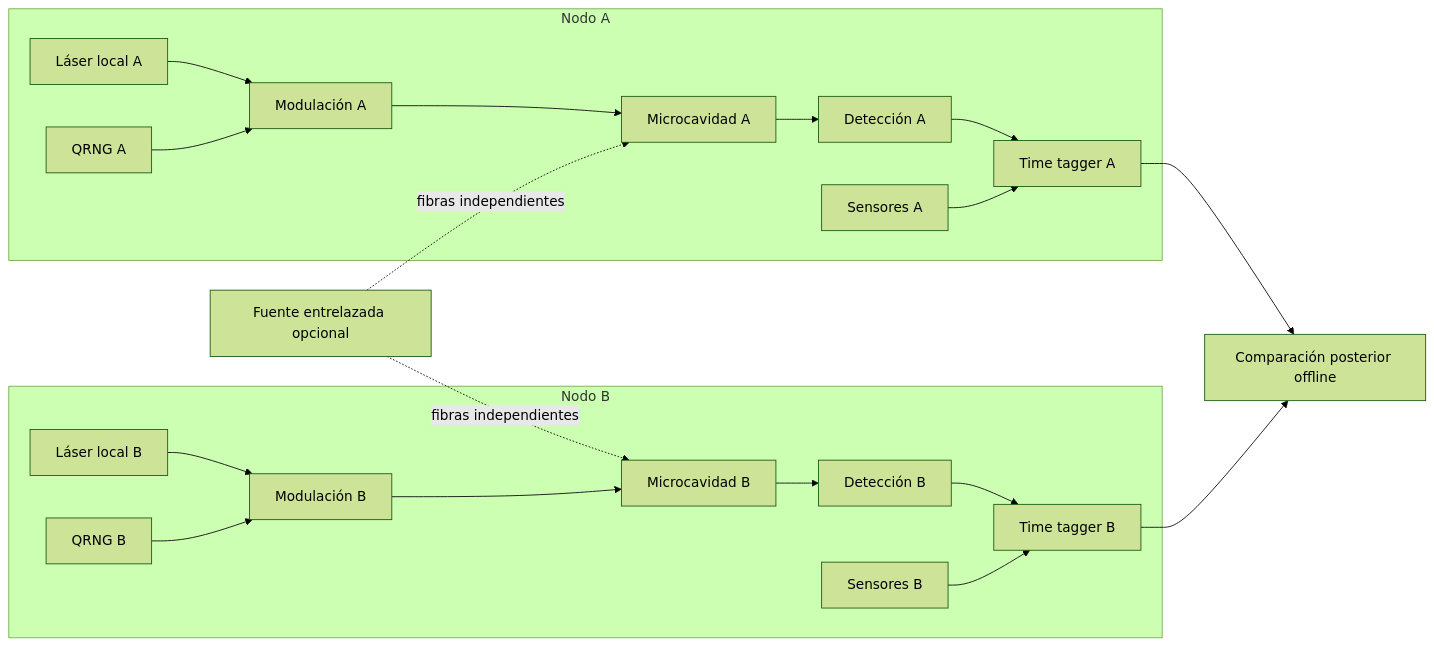
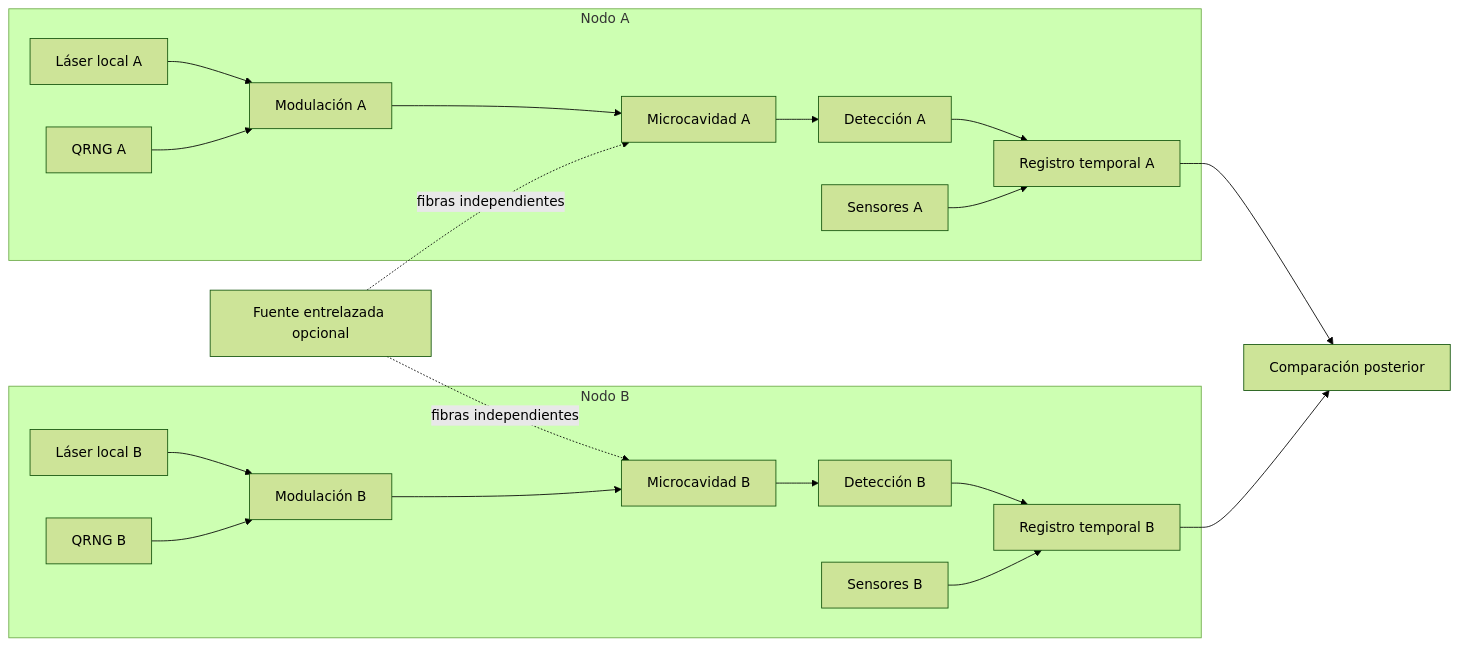
Before and after one commit to Papishushi/metastable-nucleation-suite: the diagram in docs/04_laboratorio_metaestados_opticos.md, drawn with Mermaid (forest theme). The commit also changed other lines of this file, not shown here.

````diff
--- a/docs/04_laboratorio_metaestados_opticos.md
+++ b/docs/04_laboratorio_metaestados_opticos.md
@@ -28,23 +21,23 @@
 ```mermaid
 flowchart LR
     subgraph A[Nodo A]
       LA[Láser local A] --> MA[Modulación A]
       QA[QRNG A] --> MA
       MA --> CA[Microcavidad A]
       CA --> DA[Detección A]
-      SA[Sensores A] --> TA[Time tagger A]
+      SA[Sensores A] --> TA[Registro temporal A]
       DA --> TA
     end
     subgraph B[Nodo B]
       LB[Láser local B] --> MB[Modulación B]
       QB[QRNG B] --> MB
       MB --> CB[Microcavidad B]
       CB --> DB[Detección B]
-      SB[Sensores B] --> TB[Time tagger B]
+      SB[Sensores B] --> TB[Registro temporal B]
       DB --> TB
     end
     ES[Fuente entrelazada opcional] -. fibras independientes .-> CA
     ES -. fibras independientes .-> CB
-    TA --> OFF[Comparación posterior offline]
+    TA --> OFF[Comparación posterior]
     TB --> OFF
 ```
````
